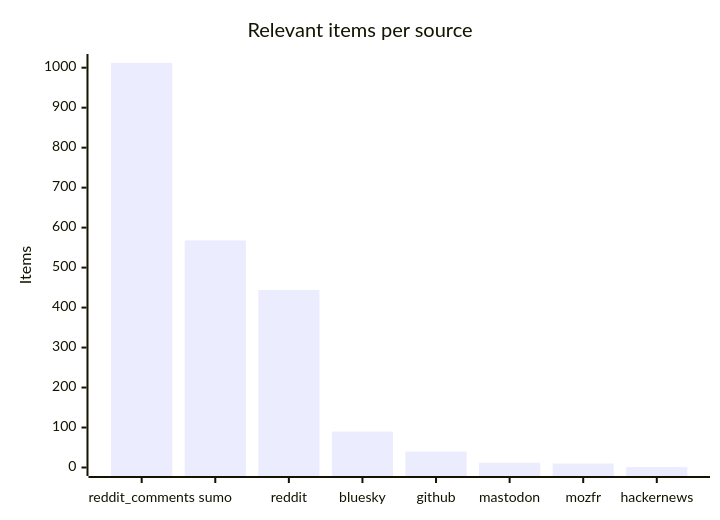
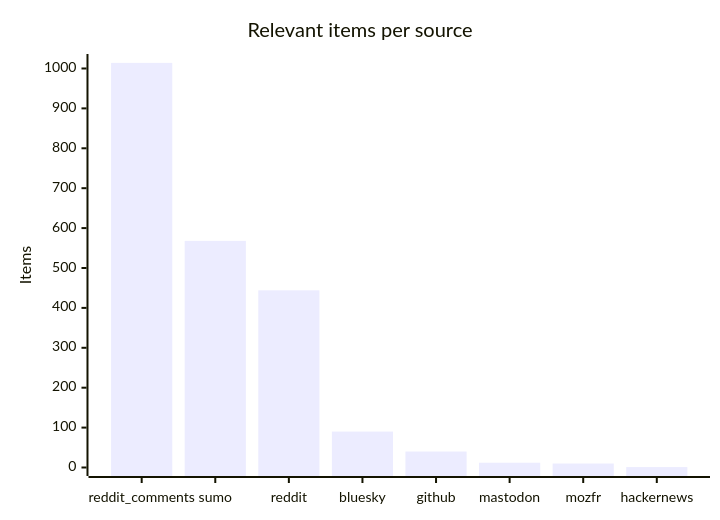
Before and after one commit to martinbalfanz/social-scanner-reports: the third of 4 diagrams in README.md, drawn with Mermaid. The commit also changed other lines of this file and 4 other files, not shown here.

````diff
--- a/README.md
+++ b/README.md
@@ -48,7 +48,7 @@
 ```mermaid
 xychart-beta
     title "Relevant items per source"
     x-axis ["reddit_comments", "sumo", "reddit", "bluesky", "github", "mastodon", "mozfr", "hackernews"]
-    y-axis "Items" 0 --> 1013
-    bar [1012, 568, 444, 90, 40, 12, 10, 1]
+    y-axis "Items" 0 --> 1015
+    bar [1014, 568, 444, 90, 40, 12, 10, 1]
 ```
````
